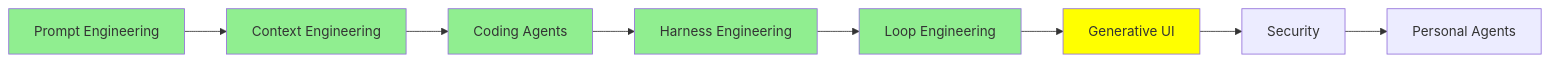
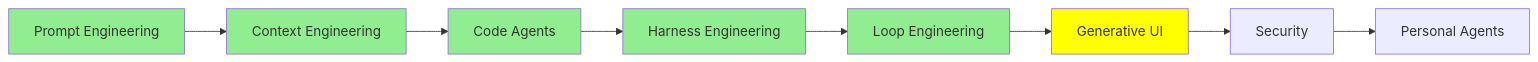
One commit to lokumai/ai-engineering-bazaar changed the diagram in mini-courses/2_intermediate/ui.md. Above: the diagram before and after it, drawn with Mermaid. The commit also changed 70 other files, not shown here.

````diff
--- a/mini-courses/2_intermediate/ui.md
+++ b/mini-courses/2_intermediate/ui.md
@@ -15,16 +15,16 @@
 ```mermaid
 graph LR
     A[Prompt Engineering] --> B[Context Engineering]
-    B --> C[Coding Agents]
+    B --> C[Code Agents]
     C --> D[Harness Engineering]
     D --> E[Loop Engineering]
     E --> F[Generative UI]
     F --> G[Security]
     G --> H[Personal Agents]
     style A fill:#90EE90
     style B fill:#90EE90
     style C fill:#90EE90
     style D fill:#90EE90
     style E fill:#90EE90
     style F fill:#FFFF00
 ```
````
